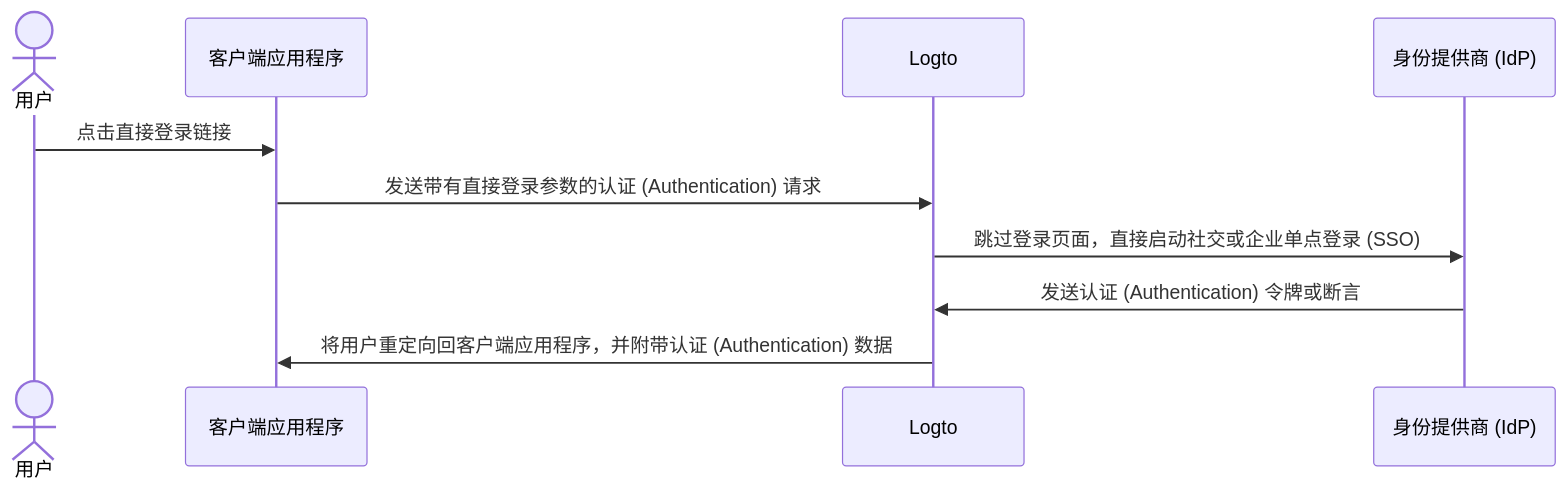
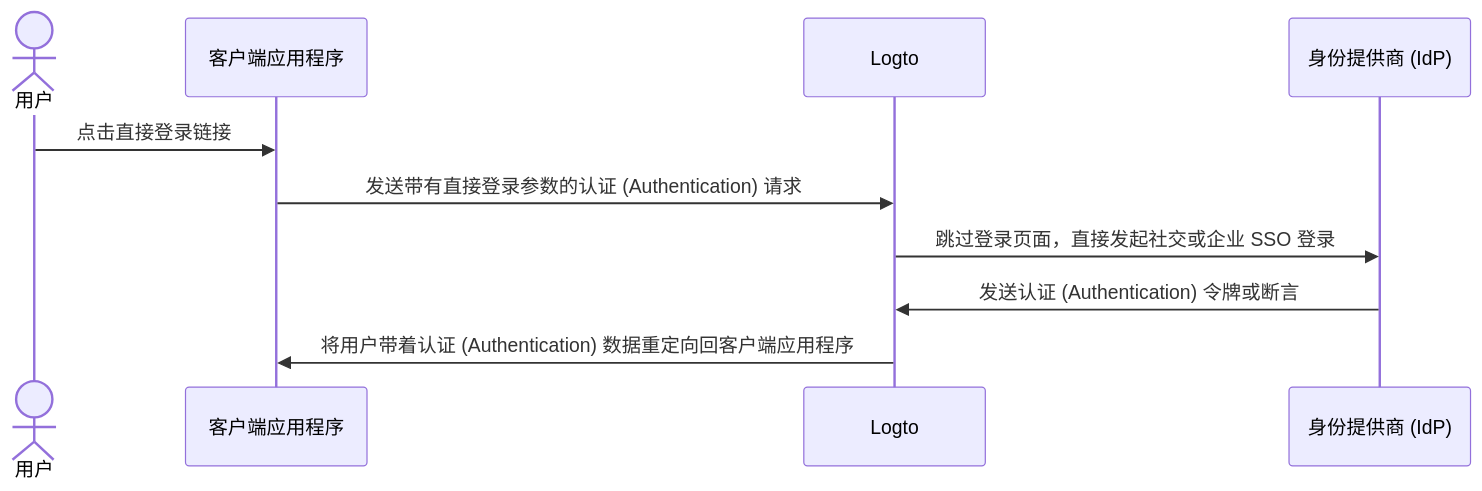
Before and after one commit to logto-io/docs: the diagram in i18n/zh-CN/docusaurus-plugin-content-docs/current/end-user-flows/authentication-parameters/direct-sign-in.mdx, drawn with Mermaid. The commit also changed other lines of this file and 63 other files, not shown here.

````diff
--- a/i18n/zh-CN/docusaurus-plugin-content-docs/current/end-user-flows/authentication-parameters/direct-sign-in.mdx
+++ b/i18n/zh-CN/docusaurus-plugin-content-docs/current/end-user-flows/authentication-parameters/direct-sign-in.mdx
@@ -11,13 +11,13 @@
 ```mermaid
 sequenceDiagram
     actor user as 用户
     participant app as 客户端应用程序
     participant logto as Logto
     participant idp as 身份提供商 (IdP)
 
     user->>app: 点击直接登录链接
     app->>logto: 发送带有直接登录参数的认证 (Authentication) 请求
-    logto->>idp: 跳过登录页面，直接启动社交或企业单点登录 (SSO)
+    logto->>idp: 跳过登录页面，直接发起社交或企业 SSO 登录
     idp->>logto: 发送认证 (Authentication) 令牌或断言
-    logto->>app: 将用户重定向回客户端应用程序，并附带认证 (Authentication) 数据
+    logto->>app: 将用户带着认证 (Authentication) 数据重定向回客户端应用程序
 ```
````
